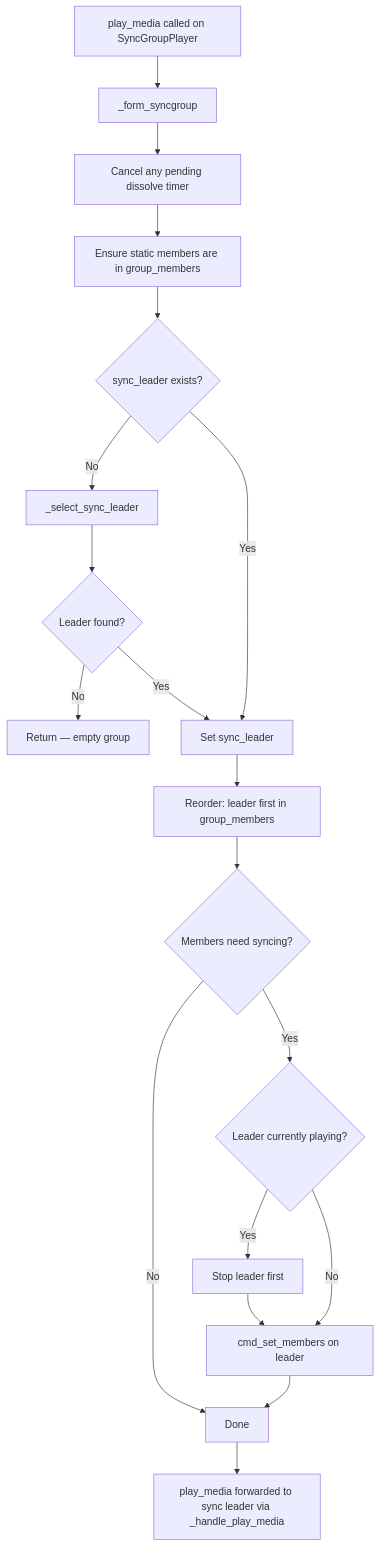
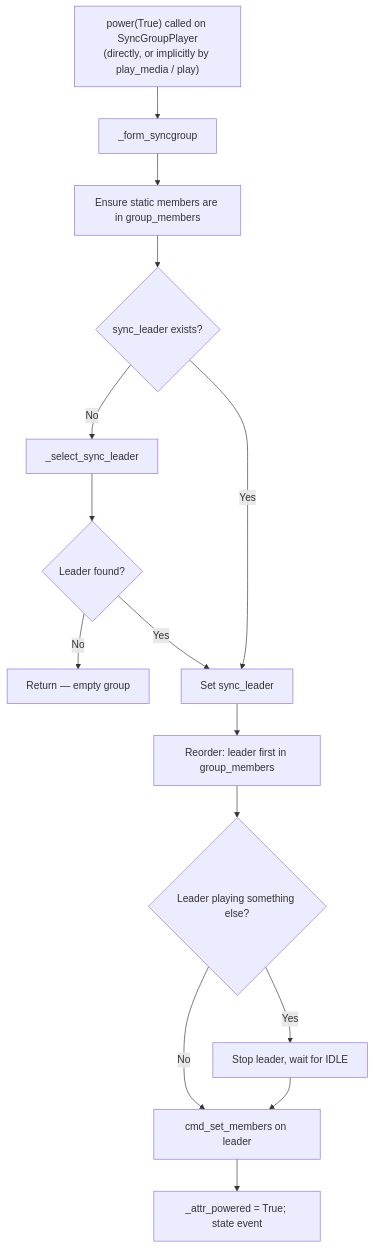
One commit to theturtle32/music-assistant-server changed the first of 4 diagrams in docs/architecture/06-grouping.md. Above: the diagram before and after it, drawn with Mermaid. The commit also changed other lines of this file and 2 other files, not shown here.

````diff
--- a/docs/architecture/06-grouping.md
+++ b/docs/architecture/06-grouping.md
@@ -90,21 +96,17 @@
 ```mermaid
 flowchart TD
-    A[play_media called on SyncGroupPlayer] --> B[_form_syncgroup]
-    B --> C[Cancel any pending dissolve timer]
-    C --> D[Ensure static members are in group_members]
+    A["power(True) called on SyncGroupPlayer<br/>(directly, or implicitly by play_media / play)"] --> B[_form_syncgroup]
+    B --> D[Ensure static members are in group_members]
     D --> E{sync_leader exists?}
     E -- No --> F[_select_sync_leader]
     F --> G{Leader found?}
     G -- No --> H[Return — empty group]
     G -- Yes --> I[Set sync_leader]
     E -- Yes --> I
     I --> J[Reorder: leader first in group_members]
-    J --> K{Members need syncing?}
-    K -- No --> L[Done]
-    K -- Yes --> M{Leader currently playing?}
-    M -- Yes --> N[Stop leader first]
-    N --> O[cmd_set_members on leader]
-    M -- No --> O
-    O --> L
-    L --> P[play_media forwarded to sync leader via _handle_play_media]
+    J --> K{Leader playing something else?}
+    K -- Yes --> N[Stop leader, wait for IDLE]
+    K -- No --> O[cmd_set_members on leader]
+    N --> O
+    O --> Z["_attr_powered = True; state event"]
 ```
````
